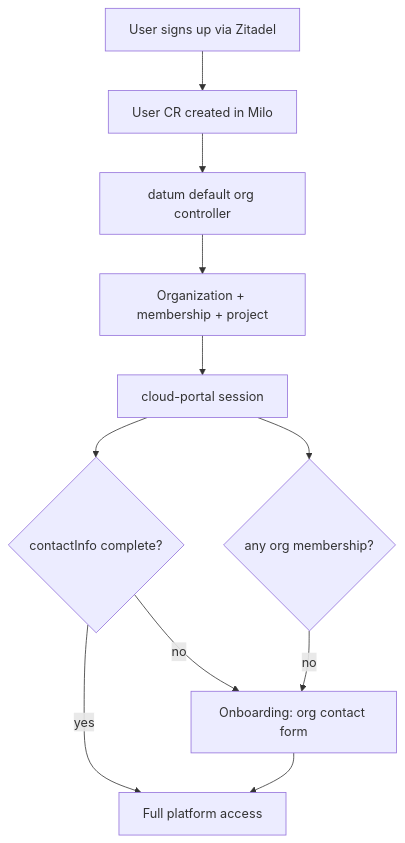
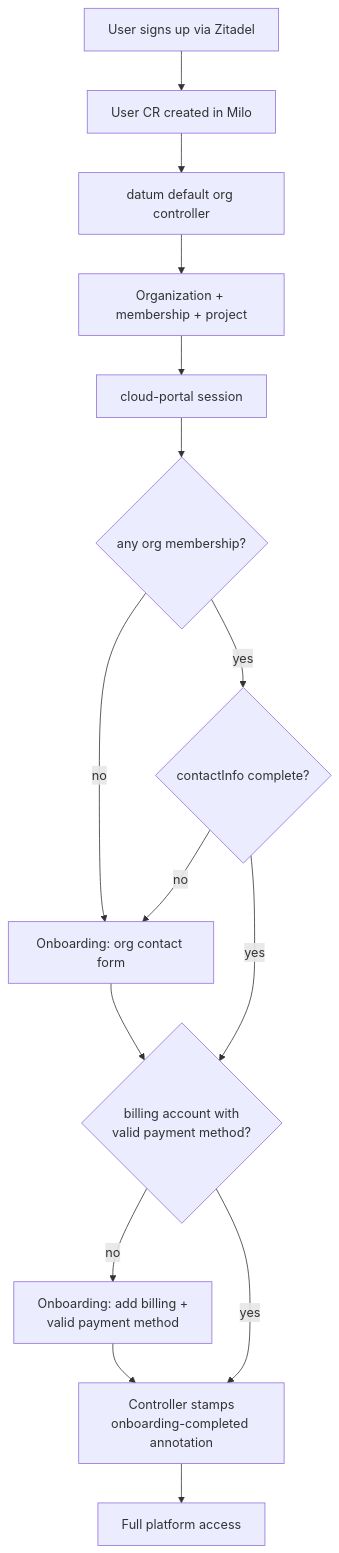
Before and after one commit to datum-cloud/enhancements: the second of 2 diagrams in enhancements/platform/identity-and-access-management/unified-organizations/README.md, drawn with Mermaid. The commit also changed other lines of this file, not shown here.

Commit message:
feat: update enhancement to include some more product info and abit on onboarding

````diff
--- a/enhancements/platform/identity-and-access-management/unified-organizations/README.md
+++ b/enhancements/platform/identity-and-access-management/unified-organizations/README.md
@@ -514,13 +722,17 @@
 ```mermaid
 flowchart TD
   signup[User signs up via Zitadel] --> userCR[User CR created in Milo]
   userCR --> datumCtrl[datum default org controller]
   datumCtrl --> orgCR[Organization + membership + project]
   orgCR --> portal[cloud-portal session]
-  portal --> checkContact{contactInfo complete?}
-  checkContact -->|no| onboard[Onboarding: org contact form]
-  checkContact -->|yes| app[Full platform access]
-  onboard --> app
   portal --> checkMembership{any org membership?}
-  checkMembership -->|no| onboard
+  checkMembership -->|no| onboardContact[Onboarding: org contact form]
+  checkMembership -->|yes| checkContact{contactInfo complete?}
+  checkContact -->|no| onboardContact
+  checkContact -->|yes| checkBilling{billing account with<br/>valid payment method?}
+  checkBilling -->|no| onboardBilling[Onboarding: add billing +<br/>valid payment method]
+  onboardContact --> checkBilling
+  onboardBilling --> stamp[Controller stamps<br/>onboarding-completed annotation]
+  checkBilling -->|yes| stamp
+  stamp --> app[Full platform access]
 ```
````
